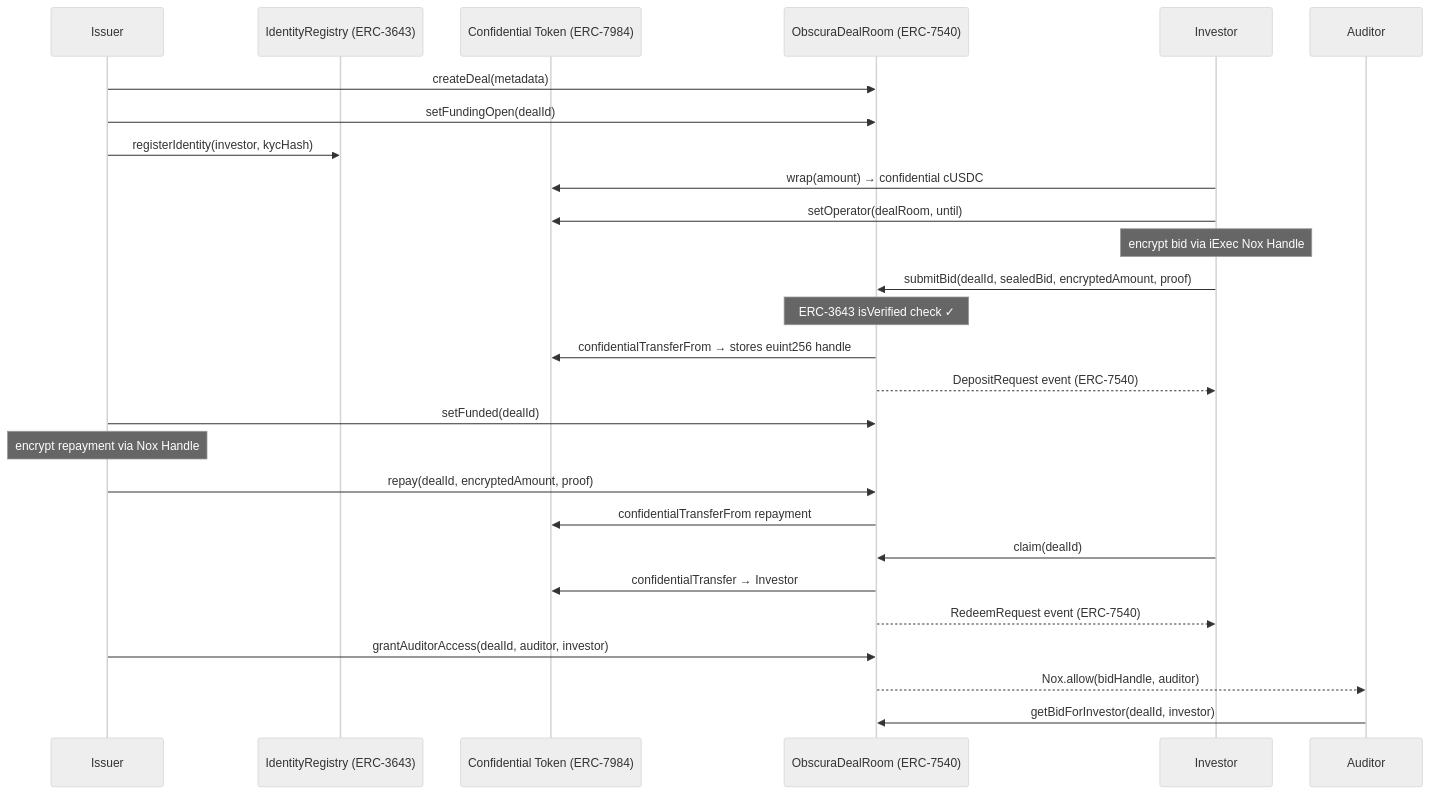
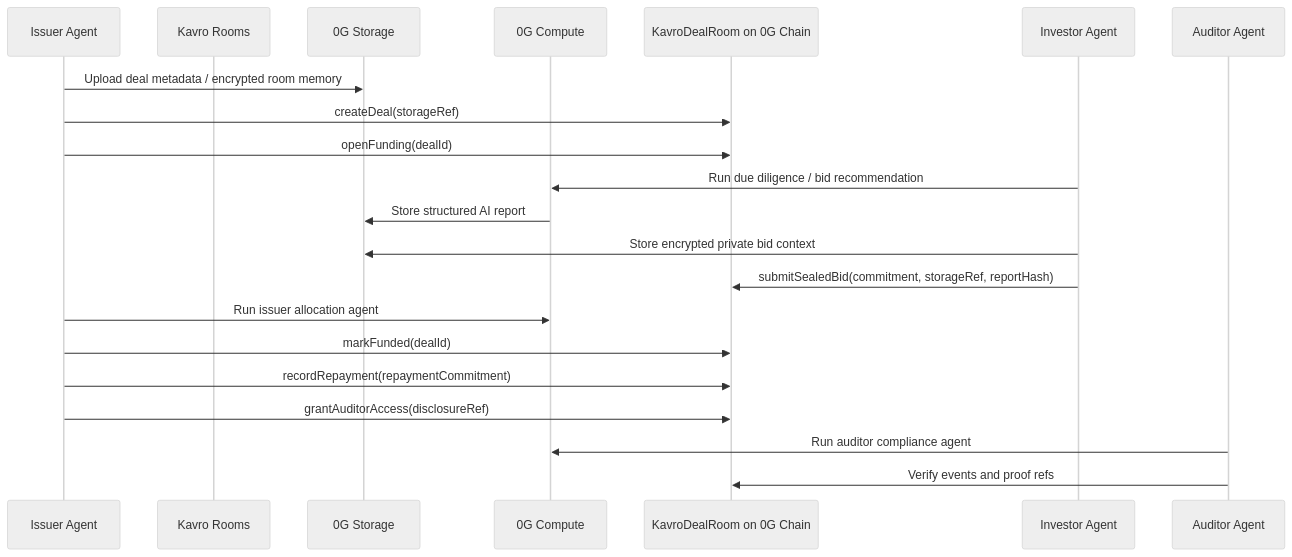
Before and after one commit to karagozemin/Kavro-Protocol: the second of 2 diagrams in README.md, drawn with Mermaid (neutral theme). The commit also changed other lines of this file and 128 other files, not shown here.

````diff
--- a/README.md
+++ b/README.md
@@ -29,34 +43,24 @@
 ```mermaid
 sequenceDiagram
-    participant I as Issuer
-    participant IR as IdentityRegistry (ERC-3643)
-    participant CT as Confidential Token (ERC-7984)
-    participant DR as ObscuraDealRoom (ERC-7540)
-    participant Inv as Investor
-    participant Aud as Auditor
+  participant I as Issuer Agent
+  participant R as Kavro Rooms
+  participant S as 0G Storage
+  participant C as 0G Compute
+  participant Ch as KavroDealRoom on 0G Chain
+  participant V as Investor Agent
+  participant A as Auditor Agent
 
-    I->>DR: createDeal(metadata)
-    I->>DR: setFundingOpen(dealId)
-    I->>IR: registerIdentity(investor, kycHash)
-
-    Inv->>CT: wrap(amount) → confidential cUSDC
-    Inv->>CT: setOperator(dealRoom, until)
-    Note over Inv: encrypt bid via iExec Nox Handle
-    Inv->>DR: submitBid(dealId, sealedBid, encryptedAmount, proof)
-    Note over DR: ERC-3643 isVerified check ✓
-    DR->>CT: confidentialTransferFrom → stores euint256 handle
-    DR-->>Inv: DepositRequest event (ERC-7540)
-
-    I->>DR: setFunded(dealId)
-    Note over I: encrypt repayment via Nox Handle
-    I->>DR: repay(dealId, encryptedAmount, proof)
-    DR->>CT: confidentialTransferFrom repayment
-
-    Inv->>DR: claim(dealId)
-    DR->>CT: confidentialTransfer → Investor
-    DR-->>Inv: RedeemRequest event (ERC-7540)
-
-    I->>DR: grantAuditorAccess(dealId, auditor, investor)
-    DR-->>Aud: Nox.allow(bidHandle, auditor)
-    Aud->>DR: getBidForInvestor(dealId, investor)
+  I->>S: Upload deal metadata / encrypted room memory
+  I->>Ch: createDeal(storageRef)
+  I->>Ch: openFunding(dealId)
+  V->>C: Run due diligence / bid recommendation
+  C->>S: Store structured AI report
+  V->>S: Store encrypted private bid context
+  V->>Ch: submitSealedBid(commitment, storageRef, reportHash)
+  I->>C: Run issuer allocation agent
+  I->>Ch: markFunded(dealId)
+  I->>Ch: recordRepayment(repaymentCommitment)
+  I->>Ch: grantAuditorAccess(disclosureRef)
+  A->>C: Run auditor compliance agent
+  A->>Ch: Verify events and proof refs
 ```
````
